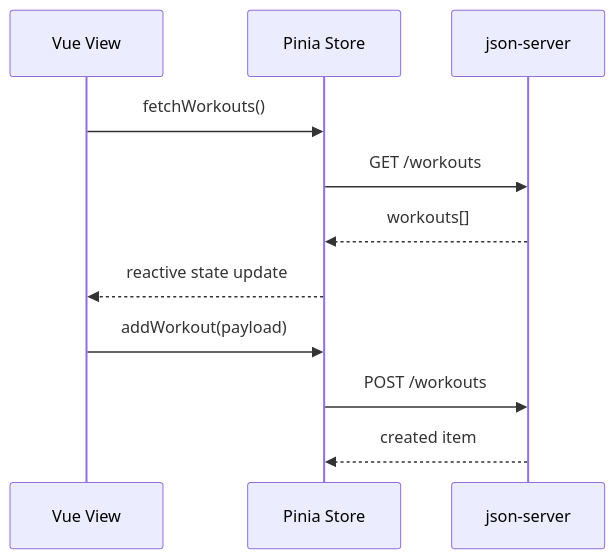
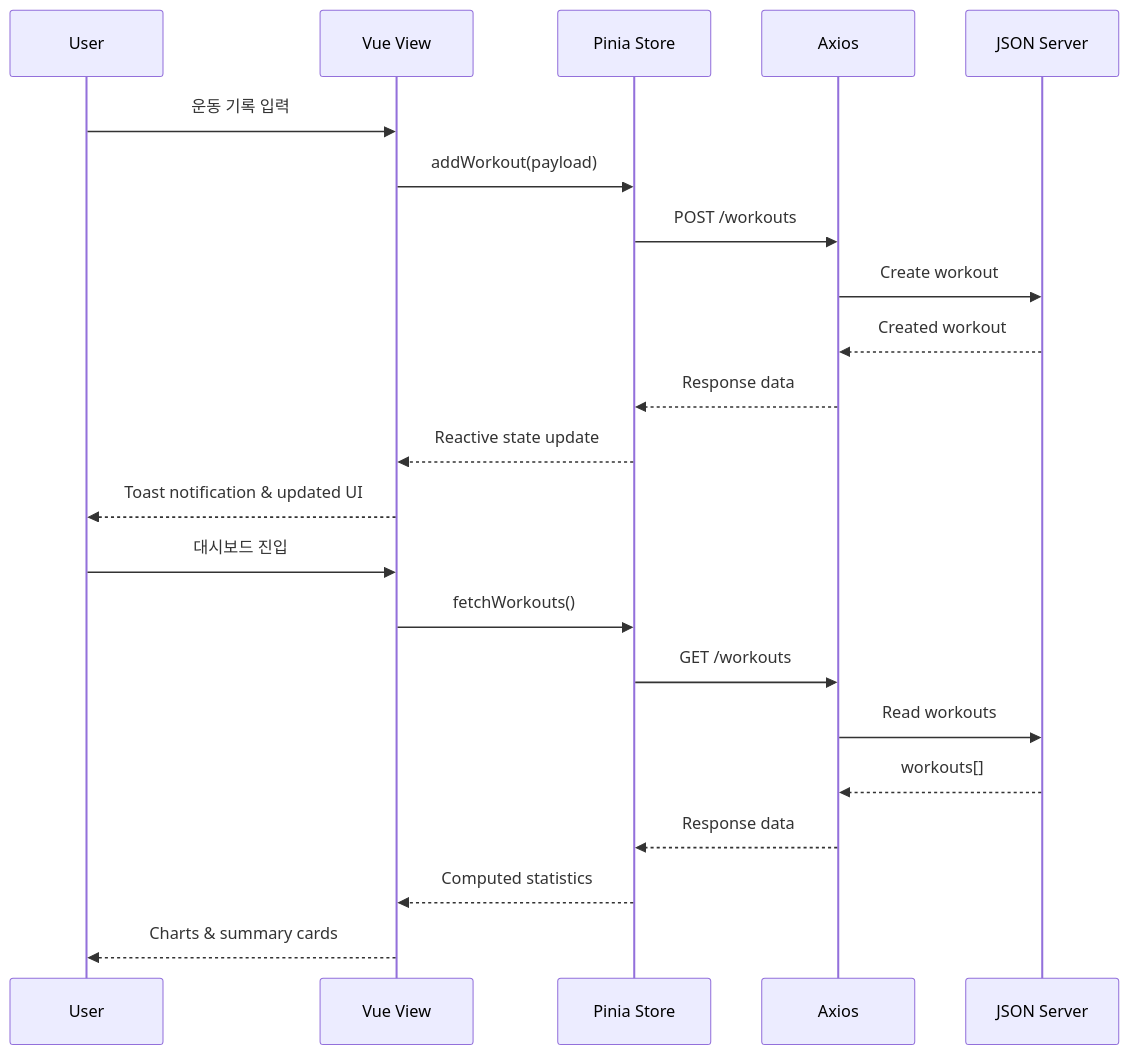
One commit to mangojeong-dev/AI-lovable changed the third of 4 diagrams in README.md. Above: the diagram before and after it, drawn with Mermaid. The commit also changed other lines of this file and 6 other files, not shown here.

````diff
--- a/README.md
+++ b/README.md
@@ -58,13 +198,26 @@
 ```mermaid
 sequenceDiagram
-    participant UI as Vue View
+    participant User as User
+    participant View as Vue View
     participant Store as Pinia Store
-    participant API as json-server
-    UI->>Store: fetchWorkouts()
+    participant API as Axios
+    participant DB as JSON Server
+
+    User->>View: 운동 기록 입력
+    View->>Store: addWorkout(payload)
+    Store->>API: POST /workouts
+    API->>DB: Create workout
+    DB-->>API: Created workout
+    API-->>Store: Response data
+    Store-->>View: Reactive state update
+    View-->>User: Toast notification & updated UI
+
+    User->>View: 대시보드 진입
+    View->>Store: fetchWorkouts()
     Store->>API: GET /workouts
-    API-->>Store: workouts[]
-    Store-->>UI: reactive state update
-    UI->>Store: addWorkout(payload)
-    Store->>API: POST /workouts
-    API-->>Store: created item
+    API->>DB: Read workouts
+    DB-->>API: workouts[]
+    API-->>Store: Response data
+    Store-->>View: Computed statistics
+    View-->>User: Charts & summary cards
 ```
````
